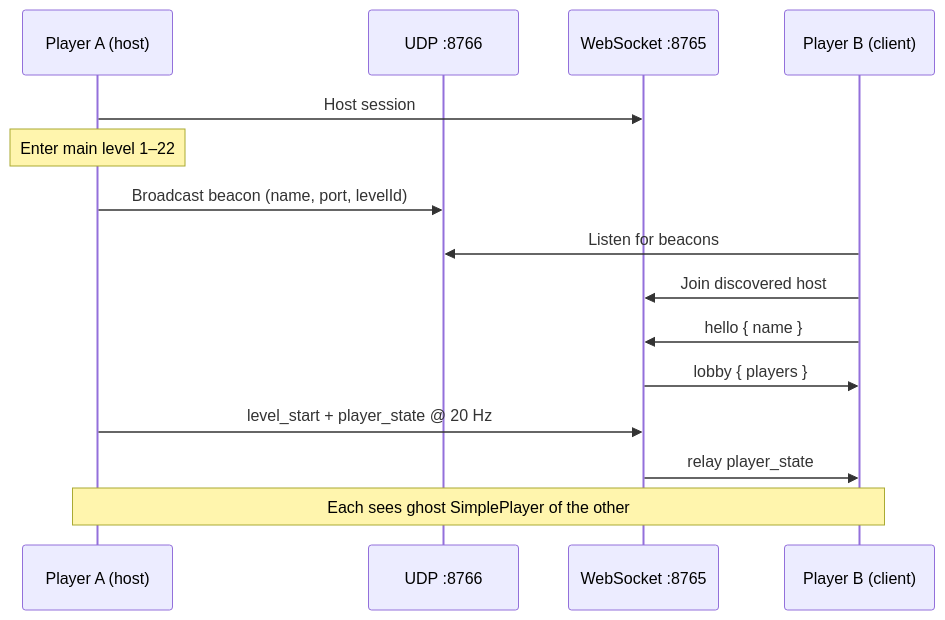
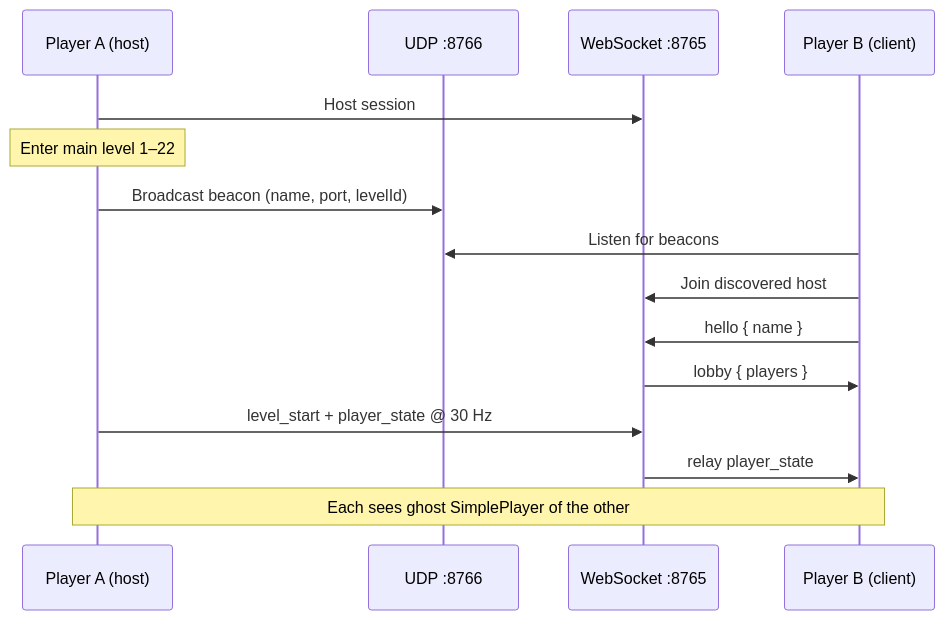
One commit to Bit-Byte5/Clam changed the diagram in docs/ARCHITECTURE.md. Above: the diagram before and after it, drawn with Mermaid. The commit also changed other lines of this file and 18 other files, not shown here.

````diff
--- a/docs/ARCHITECTURE.md
+++ b/docs/ARCHITECTURE.md
@@ -48,18 +48,18 @@
 ```mermaid
 sequenceDiagram
     participant A as Player A (host)
     participant LAN as UDP :8766
     participant WS as WebSocket :8765
     participant B as Player B (client)
 
     A->>WS: Host session
     Note over A: Enter main level 1–22
     A->>LAN: Broadcast beacon (name, port, levelId)
     B->>LAN: Listen for beacons
     B->>WS: Join discovered host
     B->>WS: hello { name }
     WS->>B: lobby { players }
-    A->>WS: level_start + player_state @ 20 Hz
+    A->>WS: level_start + player_state @ 30 Hz
     WS->>B: relay player_state
     Note over A,B: Each sees ghost SimplePlayer of the other
 ```
````
